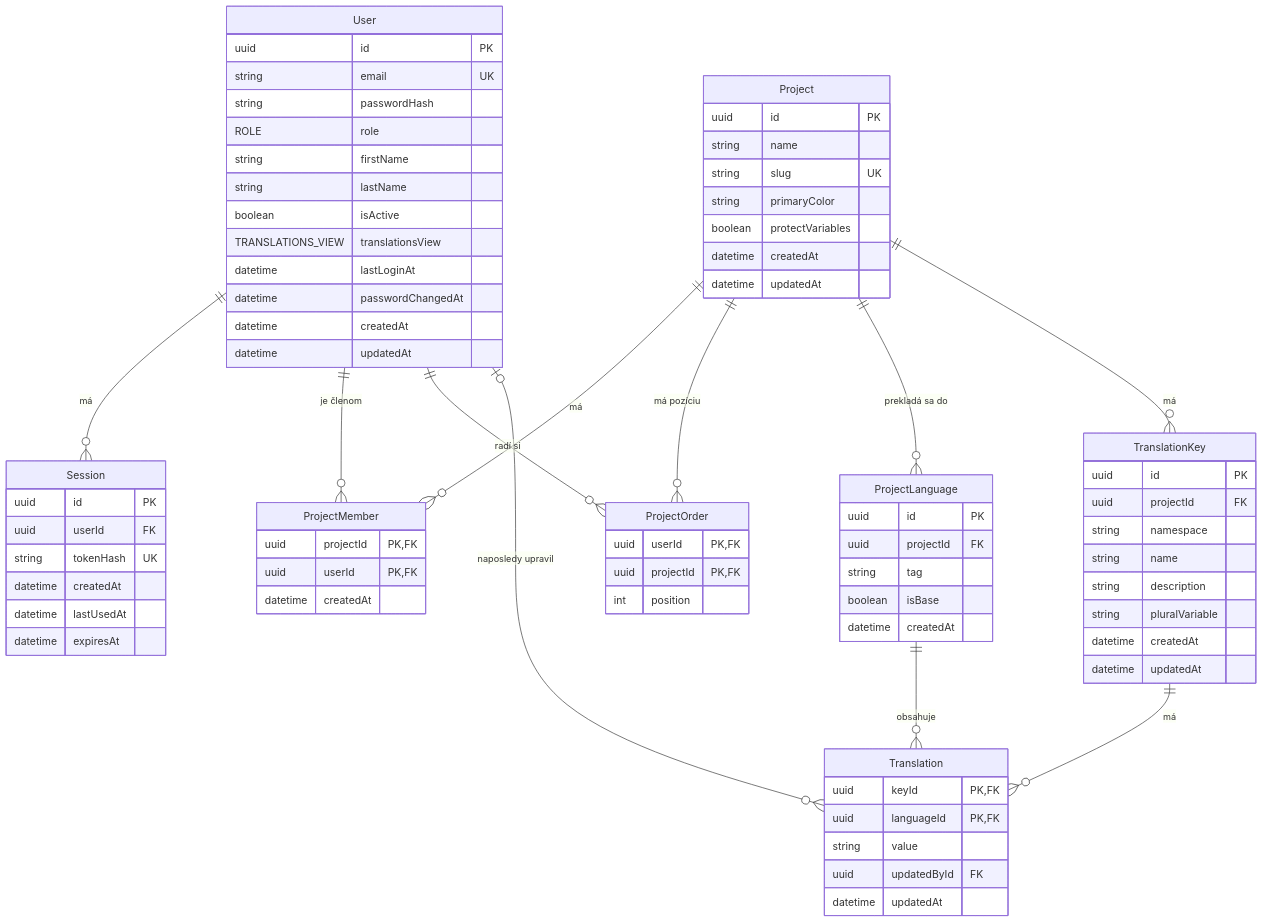
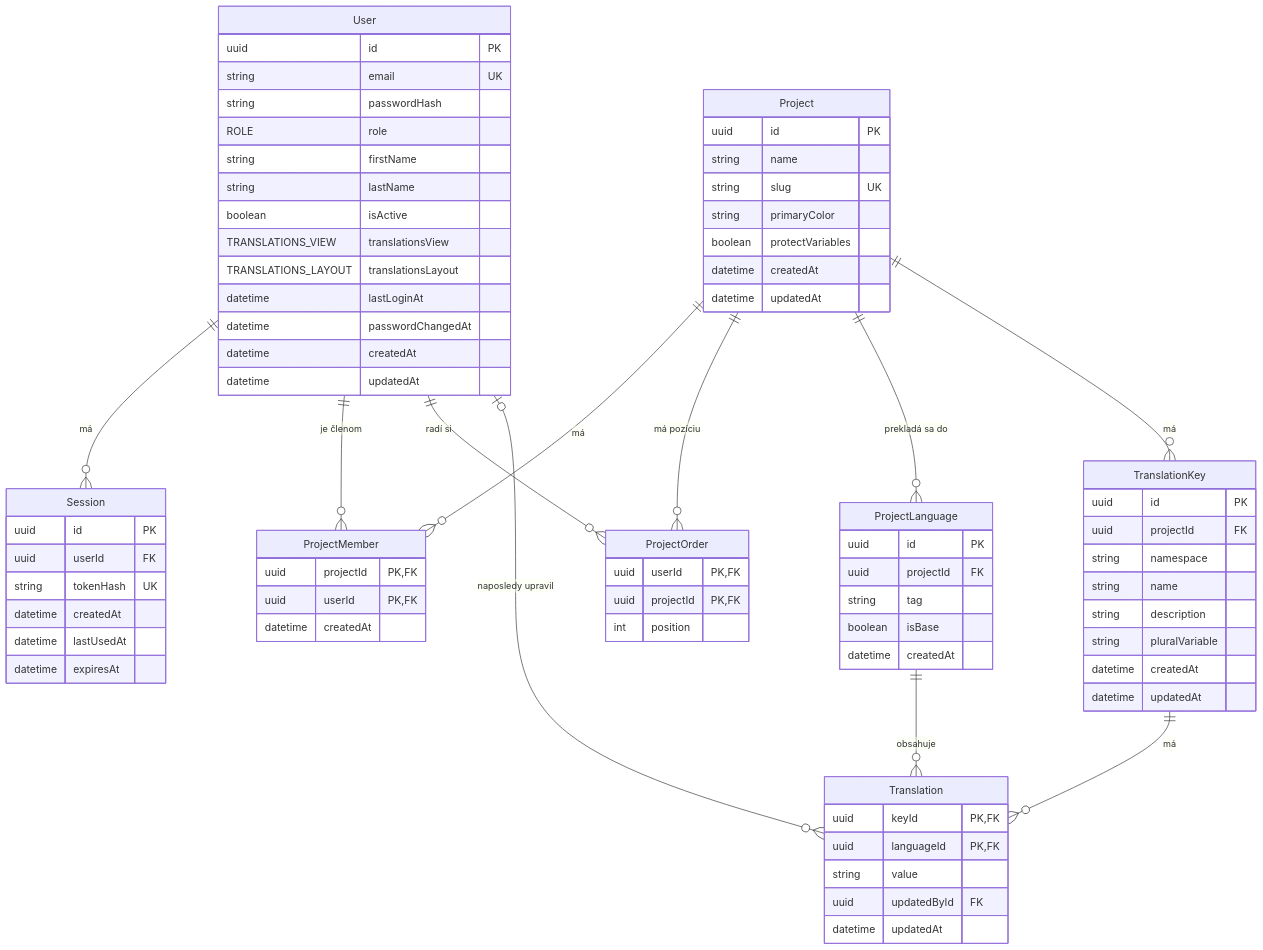
Before and after one commit to michal-bella/Locale-Admin: the diagram in docs/database.md, drawn with Mermaid. The commit also changed other lines of this file and 44 other files, not shown here.

````diff
--- a/docs/database.md
+++ b/docs/database.md
@@ -148,78 +149,79 @@
 ```mermaid
 erDiagram
     User ||--o{ Session : "má"
     User ||--o{ ProjectMember : "je členom"
     Project ||--o{ ProjectMember : "má"
     User ||--o{ ProjectOrder : "radí si"
     Project ||--o{ ProjectOrder : "má pozíciu"
     Project ||--o{ ProjectLanguage : "prekladá sa do"
     Project ||--o{ TranslationKey : "má"
     TranslationKey ||--o{ Translation : "má"
     ProjectLanguage ||--o{ Translation : "obsahuje"
     User |o--o{ Translation : "naposledy upravil"
     User {
         uuid id PK
         string email UK
         string passwordHash
         ROLE role
         string firstName
         string lastName
         boolean isActive
         TRANSLATIONS_VIEW translationsView
+        TRANSLATIONS_LAYOUT translationsLayout
         datetime lastLoginAt
         datetime passwordChangedAt
         datetime createdAt
         datetime updatedAt
     }
     Session {
         uuid id PK
         uuid userId FK
         string tokenHash UK
         datetime createdAt
         datetime lastUsedAt
         datetime expiresAt
     }
     ProjectLanguage {
         uuid id PK
         uuid projectId FK
         string tag
         boolean isBase
         datetime createdAt
     }
     Project {
         uuid id PK
         string name
         string slug UK
         string primaryColor
         boolean protectVariables
         datetime createdAt
         datetime updatedAt
     }
     ProjectMember {
         uuid projectId PK, FK
         uuid userId PK, FK
         datetime createdAt
     }
     ProjectOrder {
         uuid userId PK, FK
         uuid projectId PK, FK
         int position
     }
     TranslationKey {
         uuid id PK
         uuid projectId FK
         string namespace
         string name
         string description
         string pluralVariable
         datetime createdAt
         datetime updatedAt
     }
     Translation {
         uuid keyId PK, FK
         uuid languageId PK, FK
         string value
         uuid updatedById FK
         datetime updatedAt
     }
 ```
````
